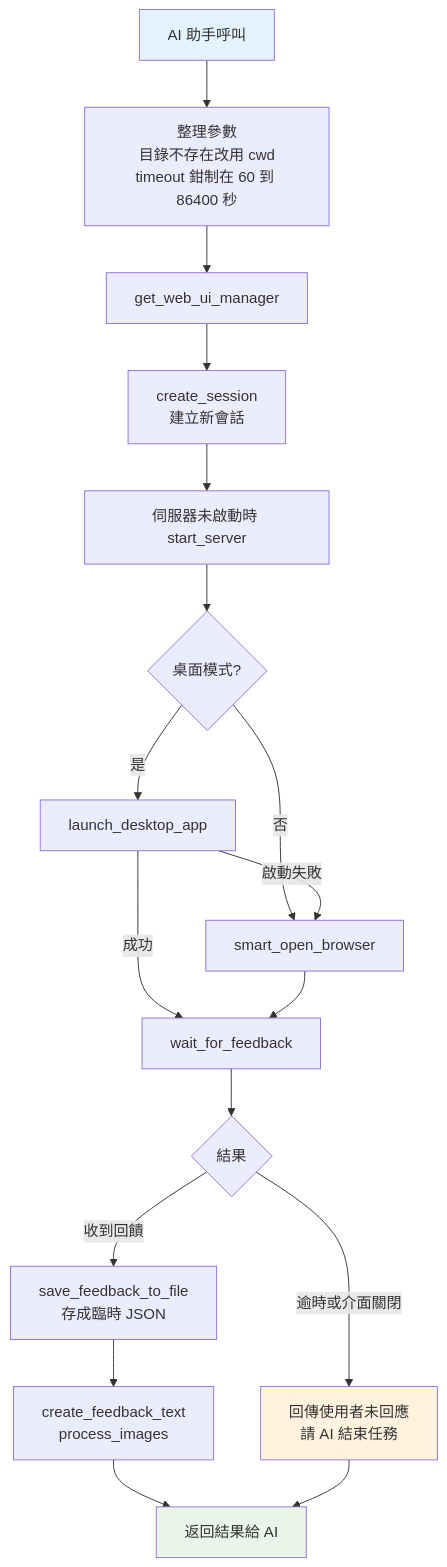
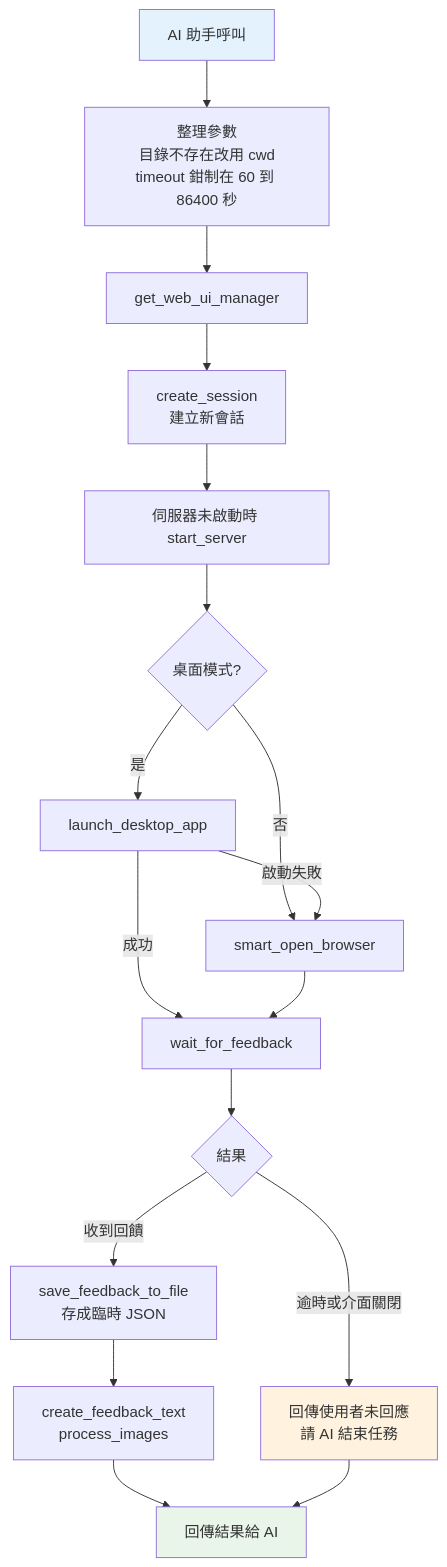
Before and after one commit to CloudEngineHub/mcp-feedback-enhanced: the second of 12 diagrams in docs/architecture/component-details.md, drawn with Mermaid. The commit also changed other lines of this file, not shown here.

````diff
--- a/docs/architecture/component-details.md
+++ b/docs/architecture/component-details.md
@@ -143,23 +143,23 @@
 ```mermaid
 flowchart TD
     START[AI 助手呼叫] --> VALIDATE[整理參數<br/>目錄不存在改用 cwd<br/>timeout 鉗制在 60 到 86400 秒]
     VALIDATE --> MANAGER[get_web_ui_manager]
     MANAGER --> SESSION[create_session<br/>建立新會話]
     SESSION --> LAUNCH[伺服器未啟動時 start_server]
     LAUNCH --> MODE{桌面模式?}
     MODE -->|是| DESKTOP[launch_desktop_app]
     MODE -->|否| BROWSER[smart_open_browser]
     DESKTOP -->|啟動失敗| BROWSER
     DESKTOP -->|成功| WAIT[wait_for_feedback]
     BROWSER --> WAIT
     WAIT --> RESULT{結果}
     RESULT -->|收到回饋| SAVE[save_feedback_to_file<br/>存成臨時 JSON]
     RESULT -->|逾時或介面關閉| NORESP[回傳使用者未回應<br/>請 AI 結束任務]
     SAVE --> PROCESS[create_feedback_text<br/>process_images]
-    PROCESS --> RETURN[返回結果給 AI]
+    PROCESS --> RETURN[回傳結果給 AI]
     NORESP --> RETURN
 
     style START fill:#e3f2fd
     style RETURN fill:#e8f5e8
     style NORESP fill:#fff3e0
 ```
````
